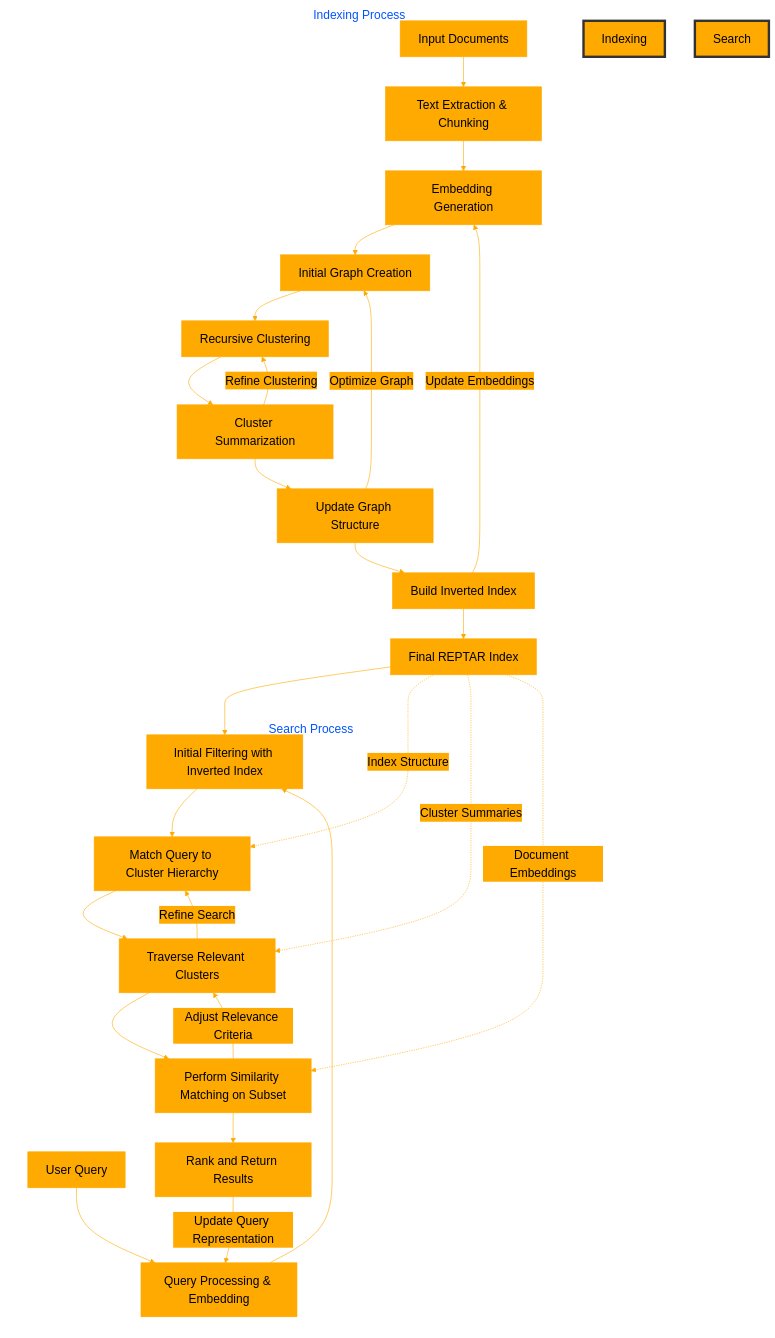
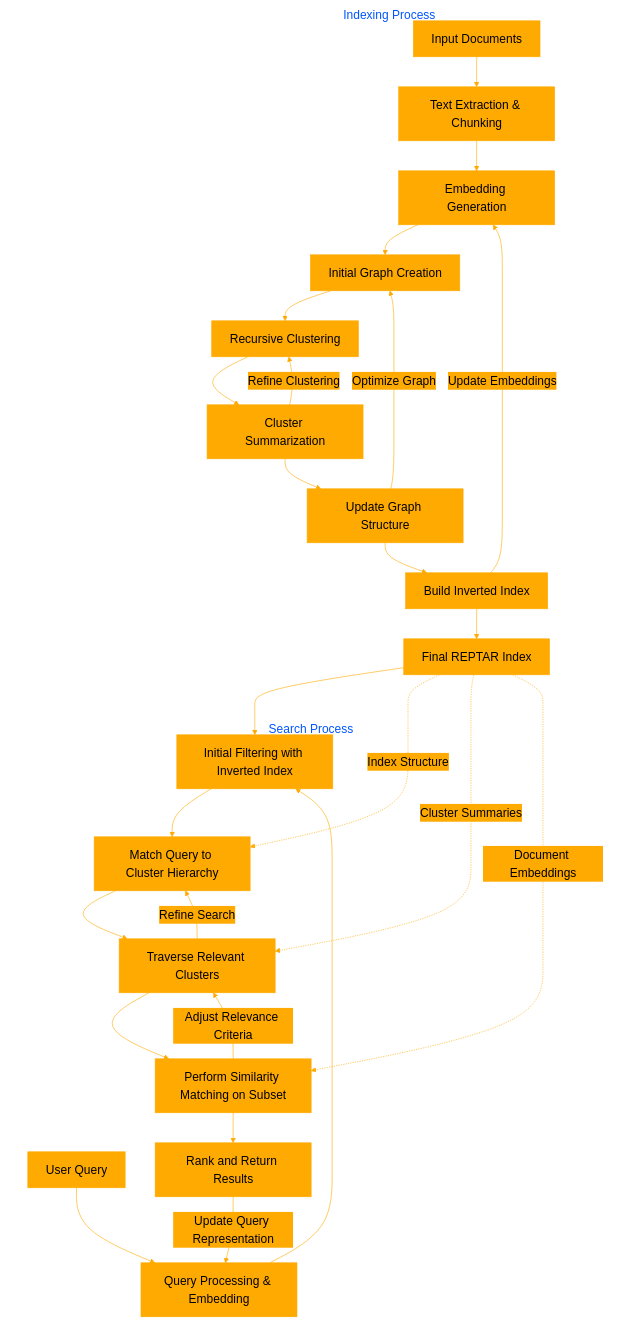
One commit to EveryOneIsGross/REPTARindex changed the diagram in README.md. Above: the diagram before and after it, drawn with Mermaid. The commit also changed other lines of this file, not shown here.

````diff
--- a/README.md
+++ b/README.md
@@ -5,63 +42,61 @@
 ```mermaid
 graph TD
 %%{init: {'theme': 'base', 'themeVariables': { 'primaryColor': '#ffaa00', 'primaryTextColor': '#000000', 'primaryBorderColor': '#ffaa00', 'lineColor': '#ffaa00', 'secondaryColor': '#ffaa00', 'tertiaryColor': '#ffaa00', 'clusterBkg': 'none', 'clusterBorder': 'none', 'fontSize': '20px'}}}%%
 
     %% Indexing Process
     A[Input Documents] --> B[Text Extraction & Chunking]
     B --> C[Embedding Generation]
     C --> D[Initial Graph Creation]
     D --> E[Recursive Clustering]
     E --> F[Cluster Summarization]
     F --> G[Update Graph Structure]
     G --> H[Build Inverted Index]
     H --> I[Final REPTAR Index]
 
     %% Feedback loops in indexing
     F --> |Refine Clustering|E
     G --> |Optimize Graph|D
     H --> |Update Embeddings|C
 
     %% Search Process
     J[User Query] --> K[Query Processing & Embedding]
     K --> L[Initial Filtering with Inverted Index]
     I --> L
     L --> M[Match Query to Cluster Hierarchy]
     M --> N[Traverse Relevant Clusters]
     N --> O[Perform Similarity Matching on Subset]
     O --> P[Rank and Return Results]
 
     %% Feedback loops in search
     N --> |Refine Search|M
     O --> |Adjust Relevance Criteria|N
     P --> |Update Query Representation|K
 
     %% Inter-process connections
     I -.-> |Index Structure|M
     I -.-> |Cluster Summaries|N
     I -.-> |Document Embeddings|O
 
     subgraph Indexing Process
     A
     B
     C
     D
     E
     F
     G
     H
     I
     end
 
     subgraph Search Process
     J
     K
     L
     M
     N
     O
     P
     end
 
-    style Indexing Process fill:#f9f,stroke:#333,stroke-width:4px
-    style Search Process fill:#bbf,stroke:#333,stroke-width:4px
 ```
````
